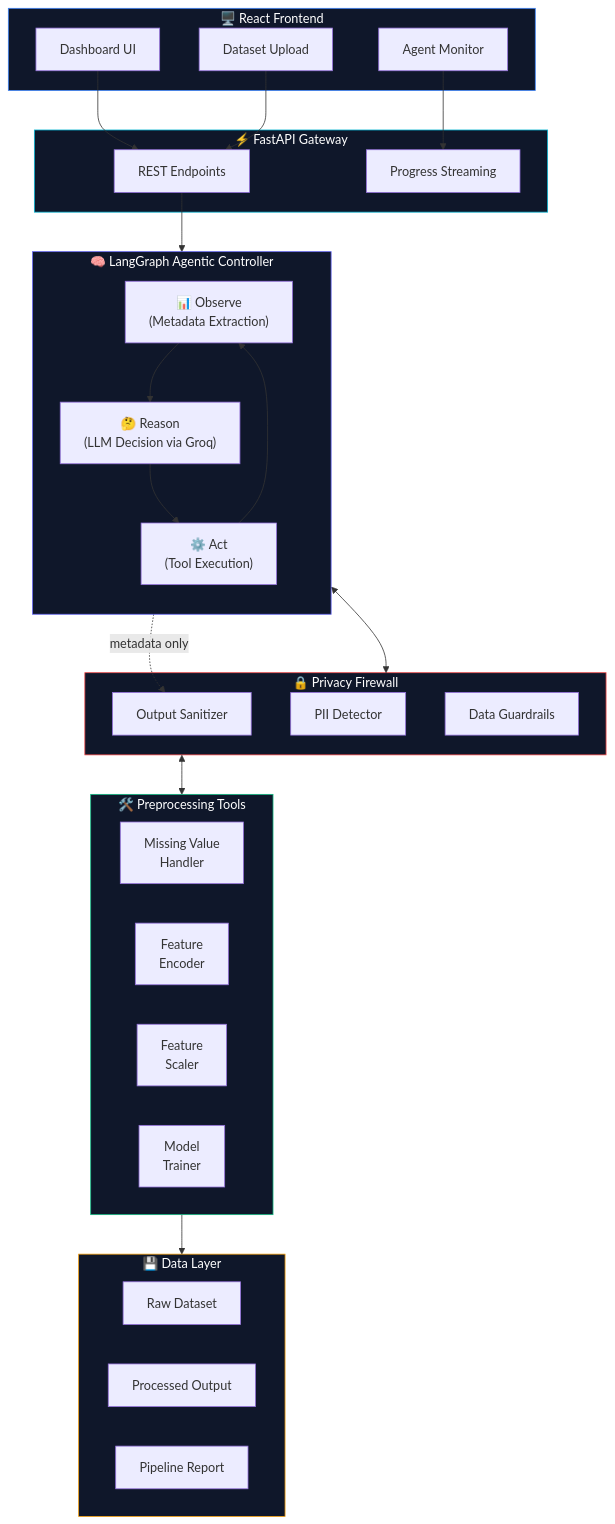
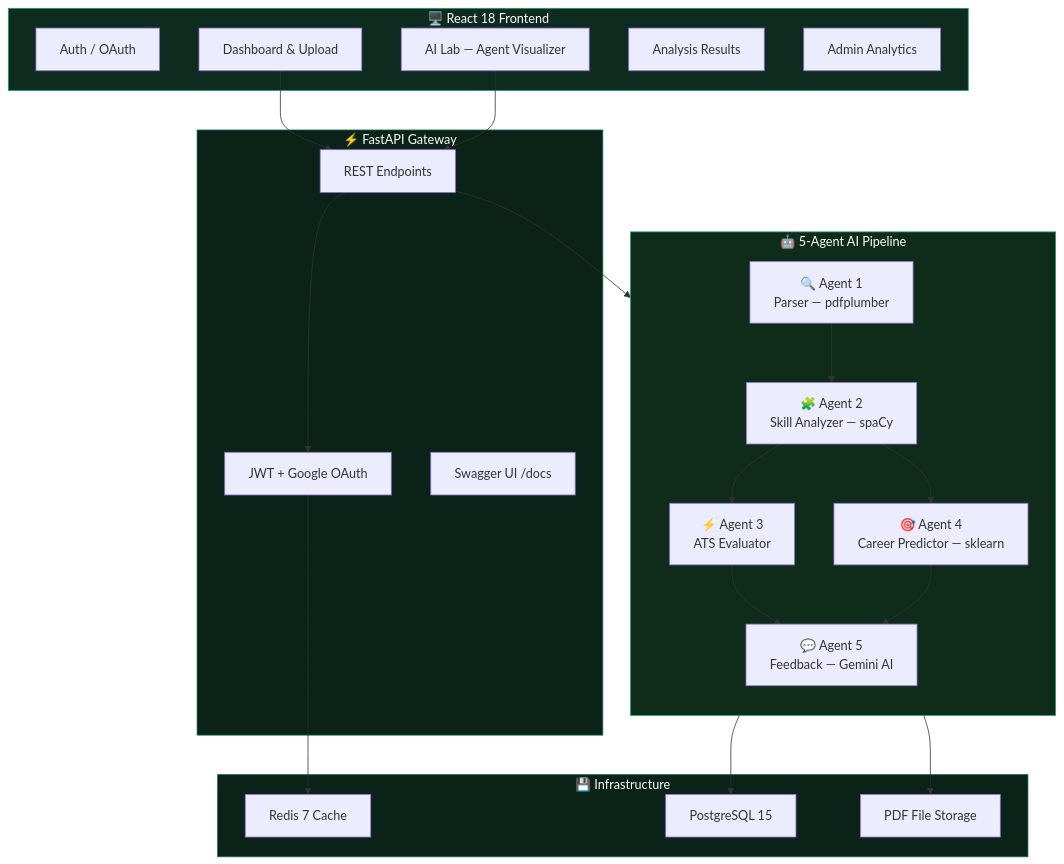
Before and after one commit to HXRIkumar/Smart-Resume-Analyzer-AI-Powered-Multi-Agent-Platform: the diagram in README.md, drawn with Mermaid. The commit also changed other lines of this file, not shown here.

Commit message:
Update README for Smart Resume Analyzer

````diff
--- a/README.md
+++ b/README.md
@@ -101,56 +55,45 @@
 ```mermaid
 flowchart TB
-    subgraph FRONTEND["🖥️ React Frontend"]
-        UI["Dashboard UI"]
-        Upload["Dataset Upload"]
-        Monitor["Agent Monitor"]
+    subgraph FRONTEND["🖥️ React 18 Frontend"]
+        Login["Auth / OAuth"]
+        Dashboard["Dashboard & Upload"]
+        AILab["AI Lab — Agent Visualizer"]
+        Analysis["Analysis Results"]
+        Admin["Admin Analytics"]
     end
 
-    subgraph API["⚡ FastAPI Gateway"]
+    subgraph GATEWAY["⚡ FastAPI Gateway"]
         REST["REST Endpoints"]
-        WS["Progress Streaming"]
+        Auth["JWT + Google OAuth"]
+        Docs["Swagger UI /docs"]
     end
 
-    subgraph AGENT["🧠 LangGraph Agentic Controller"]
+    subgraph PIPELINE["🤖 5-Agent AI Pipeline"]
         direction TB
-        Observe["📊 Observe\n(Metadata Extraction)"]
-        Reason["🤔 Reason\n(LLM Decision via Groq)"]
-        Act["⚙️ Act\n(Tool Execution)"]
-        Observe --> Reason --> Act --> Observe
+        P1["🔍 Agent 1\nParser — pdfplumber"]
+        P2["🧩 Agent 2\nSkill Analyzer — spaCy"]
+        P3["⚡ Agent 3\nATS Evaluator"]
+        P4["🎯 Agent 4\nCareer Predictor — sklearn"]
+        P5["💬 Agent 5\nFeedback — Gemini AI"]
+        P1 --> P2 --> P3 & P4 --> P5
     end
 
-    subgraph PRIVACY["🔒 Privacy Firewall"]
-        Sanitizer["Output Sanitizer"]
-        PII["PII Detector"]
-        Guard["Data Guardrails"]
+    subgraph INFRA["💾 Infrastructure"]
+        PG["PostgreSQL 15"]
+        Redis["Redis 7 Cache"]
+        Storage["PDF File Storage"]
     end
 
-    subgraph TOOLS["🛠️ Preprocessing Tools"]
-        Impute["Missing Value\nHandler"]
-        Encode["Feature\nEncoder"]
-        Scale["Feature\nScaler"]
-        Train["Model\nTrainer"]
-    end
+    Dashboard --> REST
+    AILab --> REST
+    REST --> Auth
+    REST --> PIPELINE
+    PIPELINE --> PG
+    PIPELINE --> Storage
+    Auth --> Redis
 
-    subgraph DATA["💾 Data Layer"]
-        Raw["Raw Dataset"]
-        Processed["Processed Output"]
-        Report["Pipeline Report"]
-    end
-
-    UI --> REST
-    Upload --> REST
-    Monitor --> WS
-    REST --> AGENT
-    AGENT <--> PRIVACY
-    PRIVACY <--> TOOLS
-    TOOLS --> DATA
-    Reason -.->|"metadata only"| Sanitizer
-
-    style FRONTEND fill:#0f172a,stroke:#3b82f6,color:#fff
-    style API fill:#0f172a,stroke:#06b6d4,color:#fff
-    style AGENT fill:#0f172a,stroke:#6366f1,color:#fff
-    style PRIVACY fill:#0f172a,stroke:#ef4444,color:#fff
-    style TOOLS fill:#0f172a,stroke:#10b981,color:#fff
-    style DATA fill:#0f172a,stroke:#f59e0b,color:#fff
+    style FRONTEND fill:#0d2b1f,stroke:#1D9E75,color:#fff
+    style GATEWAY fill:#0a2218,stroke:#0F6E56,color:#fff
+    style PIPELINE fill:#0f2b1a,stroke:#1D9E75,color:#fff
+    style INFRA fill:#0a2218,stroke:#0F6E56,color:#fff
 ```
````
